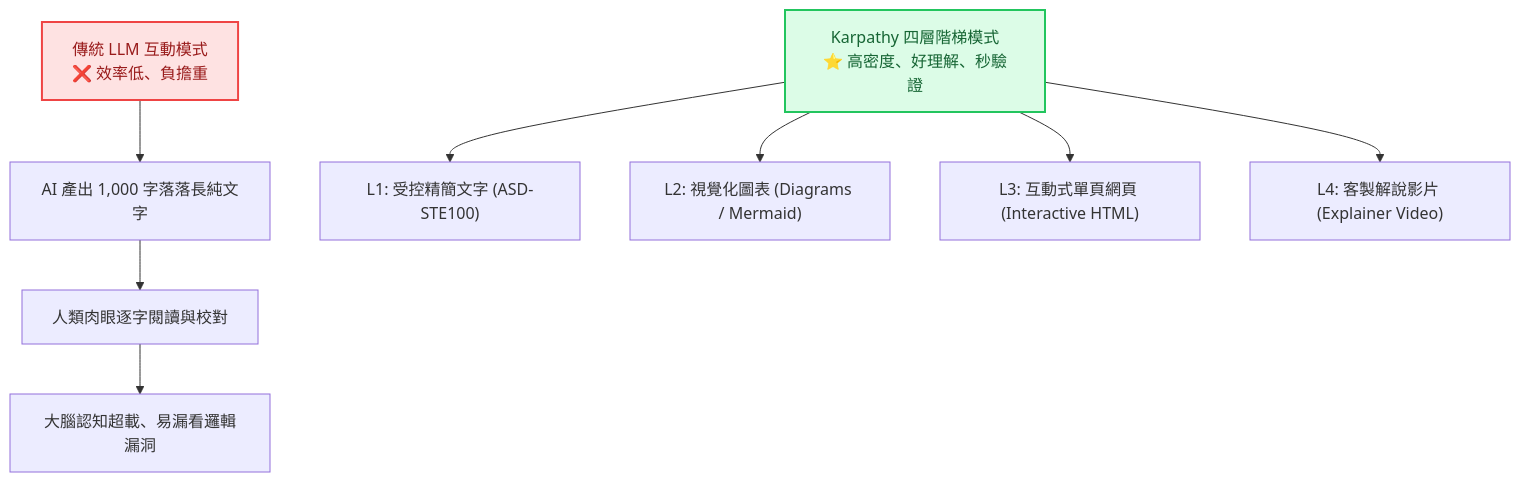
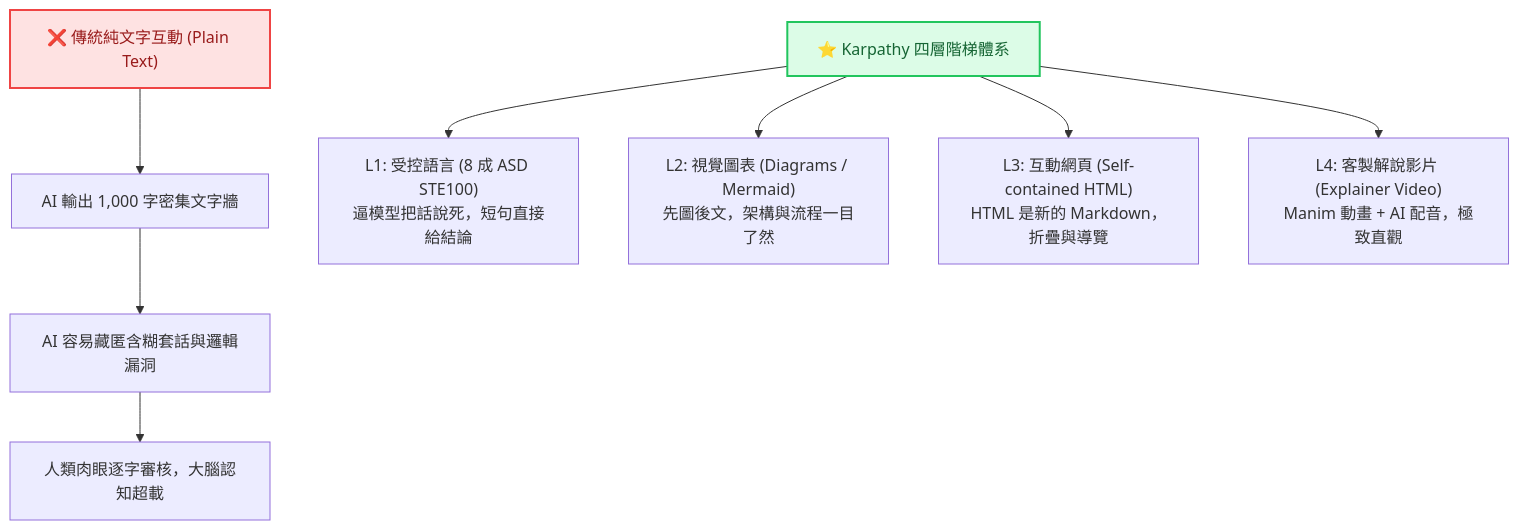
The first of 2 diagrams in AIFirst實作課程/LLM四層輸出階梯/README.md (roberthsu2003/vibe_coding), drawn with Mermaid before and after one commit. The commit also changed other lines of this file and 6 other files, not shown here.

````diff
--- a/AIFirst實作課程/LLM四層輸出階梯/README.md
+++ b/AIFirst實作課程/LLM四層輸出階梯/README.md
@@ -15,14 +17,14 @@
 ```mermaid
 graph TD
-    A["傳統 LLM 互動模式<br/>❌ 效率低、負擔重"] --> B["AI 產出 1,000 字落落長純文字"]
-    B --> C["人類肉眼逐字閱讀與校對"]
-    C --> D["大腦認知超載、易漏看邏輯漏洞"]
+    A["❌ 傳統純文字互動 (Plain Text)"] --> B["AI 輸出 1,000 字密集文字牆"]
+    B --> C["AI 容易藏匿含糊套話與邏輯漏洞"]
+    C --> D["人類肉眼逐字審核，大腦認知超載"]
 
-    E["Karpathy 四層階梯模式<br/>⭐ 高密度、好理解、秒驗證"] --> F["L1: 受控精簡文字 (ASD-STE100)"]
-    E --> G["L2: 視覺化圖表 (Diagrams / Mermaid)"]
-    E --> H["L3: 互動式單頁網頁 (Interactive HTML)"]
-    E --> I["L4: 客製解說影片 (Explainer Video)"]
+    E["⭐ Karpathy 四層階梯體系"] --> F["L1: 受控語言 (8 成 ASD STE100)<br/>逼模型把話說死，短句直接給結論"]
+    E --> G["L2: 視覺圖表 (Diagrams / Mermaid)<br/>先圖後文，架構與流程一目了然"]
+    E --> H["L3: 互動網頁 (Self-contained HTML)<br/>HTML 是新的 Markdown，折疊與導覽"]
+    E --> I["L4: 客製解說影片 (Explainer Video)<br/>Manim 動畫 + AI 配音，極致直觀"]
 
     style A fill:#fee2e2,stroke:#ef4444,stroke-width:2px,color:#991b1b
     style E fill:#dcfce7,stroke:#22c55e,stroke-width:2px,color:#166534
 ```
````
